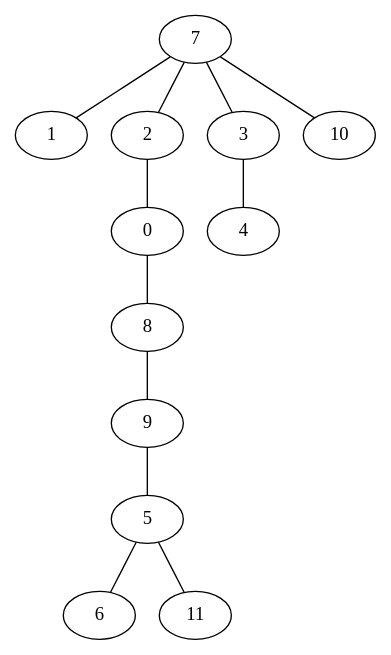
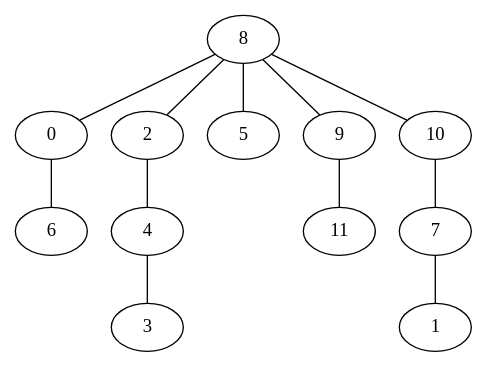
One commit to VillegasGG/greedy-firefighter-problem changed the diagram in experiments/pygrapghviz.dot. Above: the diagram before and after it, drawn with Graphviz. The commit also changed 3 other files, not shown here.

```diff
--- a/experiments/pygrapghviz.dot
+++ b/experiments/pygrapghviz.dot
@@ -1,13 +1,13 @@
 strict graph "" {
+	8 -- 0;
+	8 -- 2;
+	8 -- 5;
+	8 -- 9;
+	8 -- 10;
+	0 -- 6;
+	2 -- 4;
+	9 -- 11;
+	10 -- 7;
 	7 -- 1;
-	7 -- 2;
-	7 -- 3;
-	7 -- 10;
-	2 -- 0;
-	3 -- 4;
-	0 -- 8;
-	8 -- 9;
-	9 -- 5;
-	5 -- 6;
-	5 -- 11;
+	4 -- 3;
 }
```
